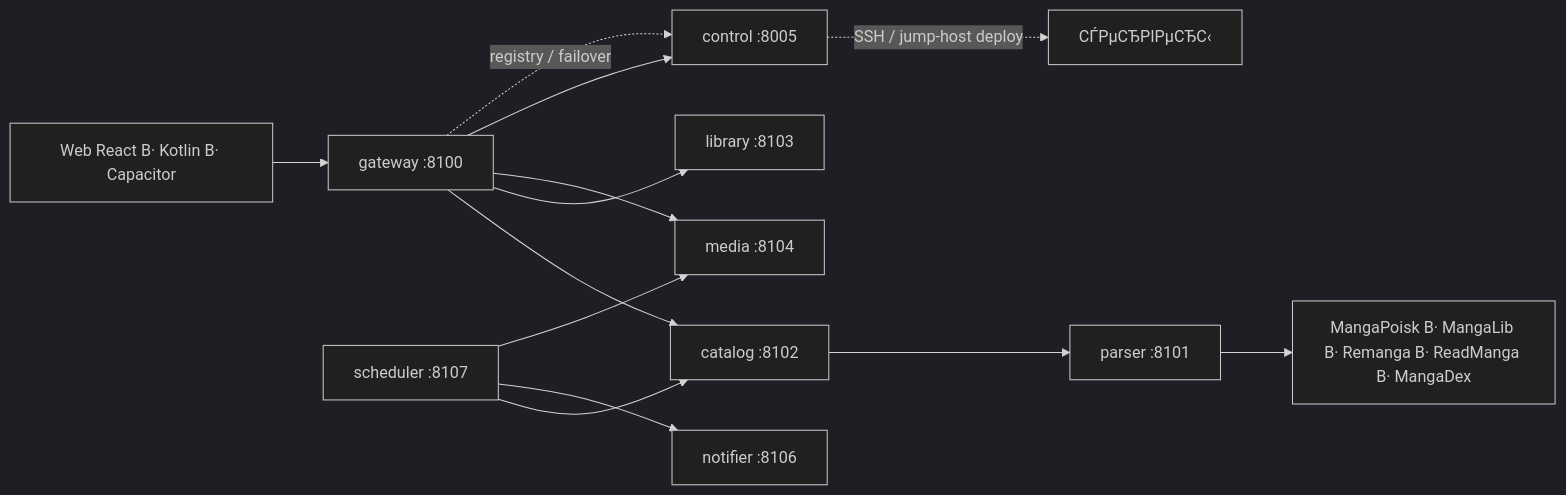
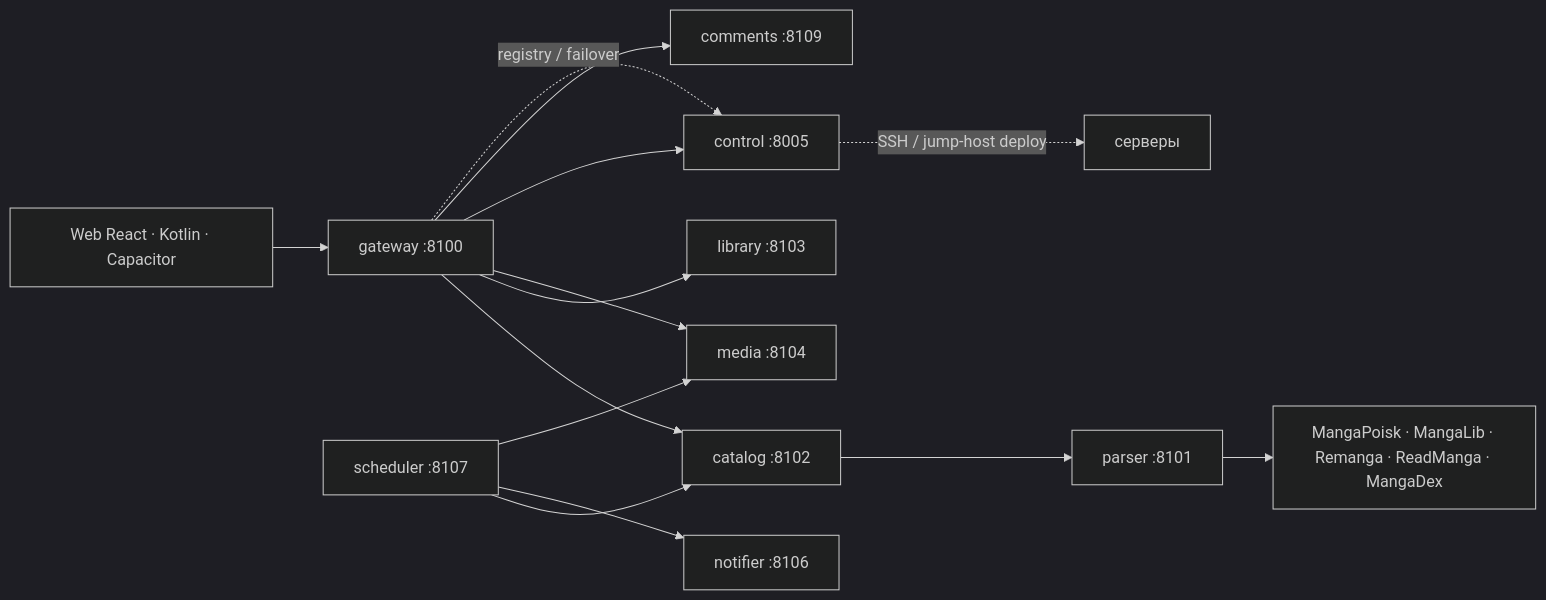
The diagram in README.md (geekAmis/mangapoiskAPI), drawn with Mermaid (dark theme) before and after one commit. The commit also changed other lines of this file and 7 other files, not shown here.

````diff
--- a/README.md
+++ b/README.md
@@ -79,15 +94,16 @@
 ```mermaid
 flowchart LR
-    C["Web React В· Kotlin В· Capacitor"] --> G["gateway :8100"]
+    C["Web React · Kotlin · Capacitor"] --> G["gateway :8100"]
     G --> CAT["catalog :8102"]
     G --> LIB["library :8103"]
     G --> MED["media :8104"]
     G --> CTL["control :8005"]
+    G --> COM["comments :8109"]
     CAT --> P["parser :8101"]
-    P --> S["MangaPoisk В· MangaLib В· Remanga В· ReadManga В· MangaDex"]
+    P --> S["MangaPoisk · MangaLib · Remanga · ReadManga · MangaDex"]
     SCH["scheduler :8107"] --> CAT
     SCH --> NOT["notifier :8106"]
     SCH --> MED
-    CTL -. "SSH / jump-host deploy" .-> SRV["СЃРµСЂРІРµСЂС‹"]
+    CTL -. "SSH / jump-host deploy" .-> SRV["серверы"]
     G -. "registry / failover" .-> CTL
 ```
````
